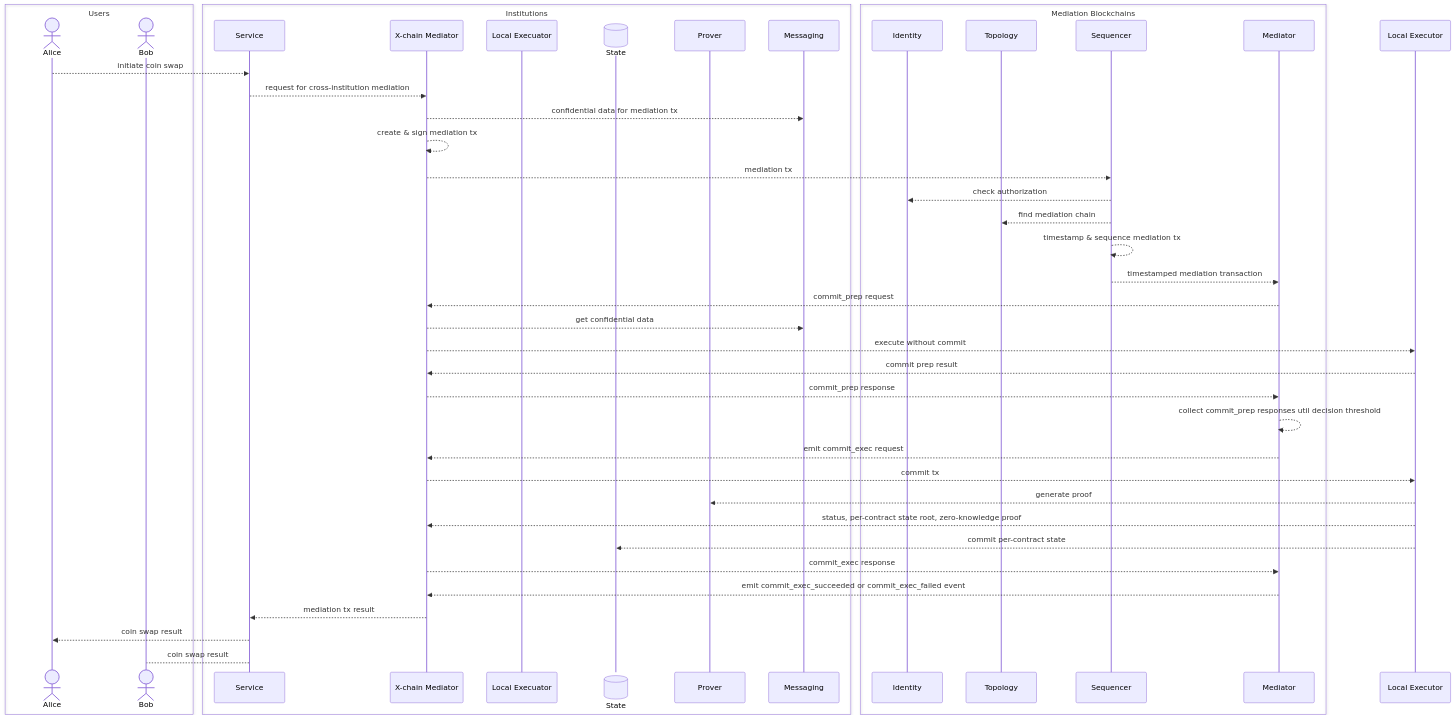
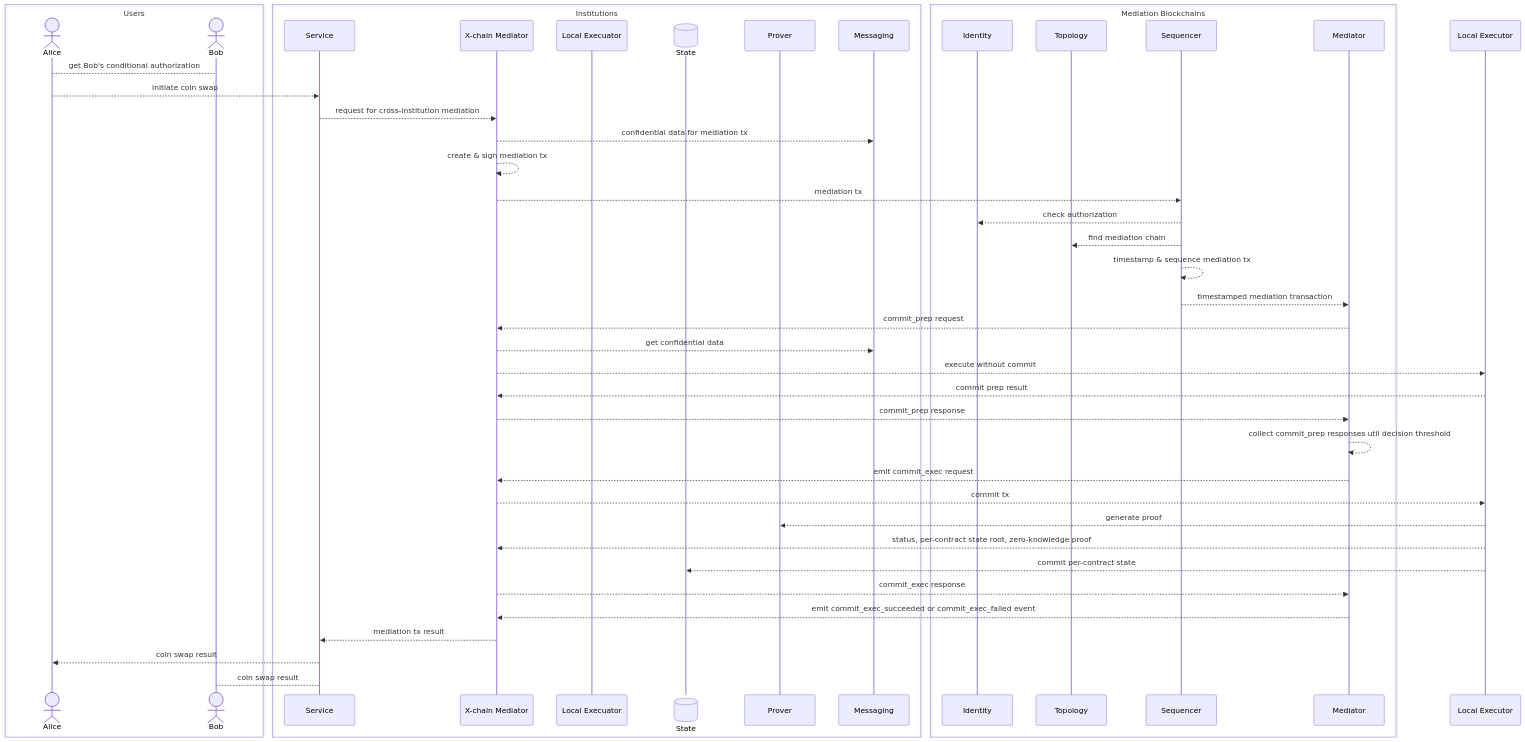
One commit to PDXbaap/design changed the diagram in finance_architecture.md. Above: the diagram before and after it, drawn with Mermaid.

````diff
--- a/finance_architecture.md
+++ b/finance_architecture.md
@@ -29,47 +29,47 @@
 ```mermaid
 sequenceDiagram
 box Users
 actor Alice
 actor Bob
 end
 box Institutions
 participant Service
 participant X-chain Mediator
 participant Local Execuator
 participant State@{"type": "database"}
 participant Prover
 participant Messaging
 end
 box Mediation Blockchains
 participant Identity
 participant Topology
 participant Sequencer
 participant Mediator
 end
-
+Alice --> Bob: get Bob's conditional authorization
 Alice -->> Service: initiate coin swap
 Service -->> X-chain Mediator: request for cross-institution mediation
 X-chain Mediator -->> Messaging: confidential data for mediation tx
 X-chain Mediator -->> X-chain Mediator: create & sign mediation tx
 X-chain Mediator -->> Sequencer: mediation tx
 Sequencer -->> Identity: check authorization
 Sequencer -->> Topology: find mediation chain
 Sequencer -->> Sequencer: timestamp & sequence mediation tx
 Sequencer -->> Mediator: timestamped mediation transaction
 Mediator -->> X-chain Mediator: commit_prep request
 X-chain Mediator -->> Messaging: get confidential data
 X-chain Mediator -->> Local Executor: execute without commit
 Local Executor -->> X-chain Mediator: commit prep result
 X-chain Mediator -->> Mediator: commit_prep response
 Mediator -->> Mediator: collect commit_prep responses util decision threshold
 Mediator -->> X-chain Mediator: emit commit_exec request
 X-chain Mediator -->> Local Executor: commit tx
 Local Executor -->> Prover: generate proof
 Local Executor -->> X-chain Mediator: status, per-contract state root, zero-knowledge proof
 Local Executor -->> State: commit per-contract state
 X-chain Mediator -->> Mediator: commit_exec response
 Mediator -->> X-chain Mediator: emit commit_exec_succeeded or commit_exec_failed event
 X-chain Mediator -->> Service: mediation tx result
 Service -->> Alice: coin swap result
 Service --> Bob: coin swap result
 ```
````
